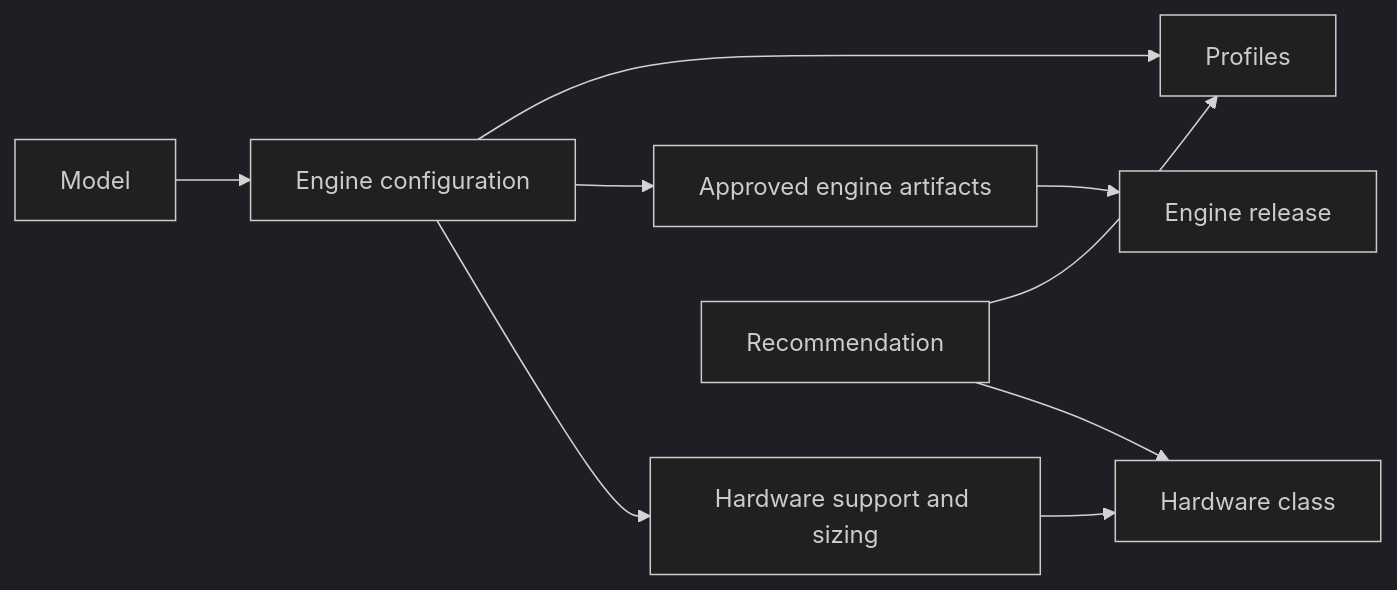
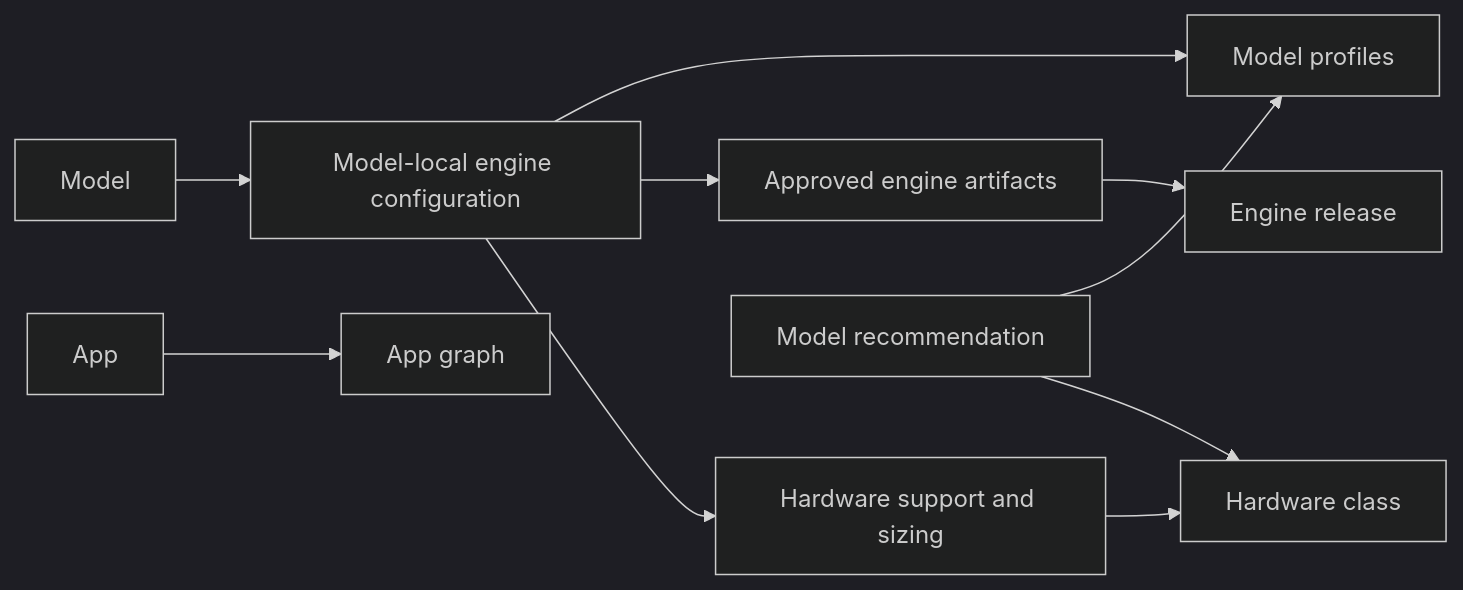
The diagram in docs/design/catalog.md (dotcoreai/dotcore), drawn with Mermaid (dark theme) before and after one commit. The commit also changed other lines of this file and 12 other files, not shown here.

Commit message:
docs(*): restructure design pages as architecture specs

````diff
--- a/docs/design/catalog.md
+++ b/docs/design/catalog.md
@@ -16,11 +26,11 @@
 ```mermaid
 flowchart LR
-  M["Model"] --> C["Engine configuration"]
-  C --> P["Profiles"]
+  M["Model"] --> C["Model-local engine configuration"]
+  C --> P["Model profiles"]
   C --> A["Approved engine artifacts"]
-  C --> H["Hardware support and sizing"]
-  A --> R["Engine release"]
-  H --> HC["Hardware class"]
-  REC["Recommendation"] --> P
-  REC --> HC
+  C --> HS["Hardware support and sizing"]
+  A --> ER["Engine release"]
+  HS --> HC["Hardware class"]
+  REC["Model recommendation"] --> P & HC
+  APP["App"] --> G["App graph"]
 ```
````
